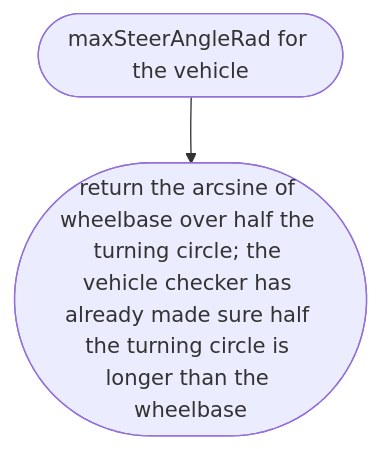
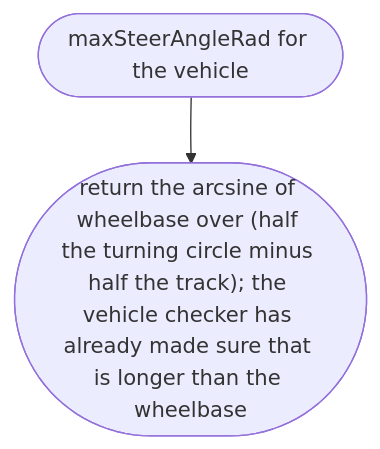
Before and after one commit to NewDara-Star/world-engine: the fifth of 7 diagrams in docs/designs/src/vehicle/rapier-settings.md, drawn with Mermaid. The commit also changed other lines of this file and 41 other files, not shown here.

````diff
--- a/docs/designs/src/vehicle/rapier-settings.md
+++ b/docs/designs/src/vehicle/rapier-settings.md
@@ -93,6 +96,6 @@
 ```mermaid
 flowchart TD
   s(["maxSteerAngleRad for the vehicle"])
-  a(["return the arcsine of wheelbase over half the turning circle; the vehicle checker has already made sure half the turning circle is longer than the wheelbase"])
+  a(["return the arcsine of wheelbase over (half the turning circle minus half the track); the vehicle checker has already made sure that is longer than the wheelbase"])
   s --> a
 ```
````
